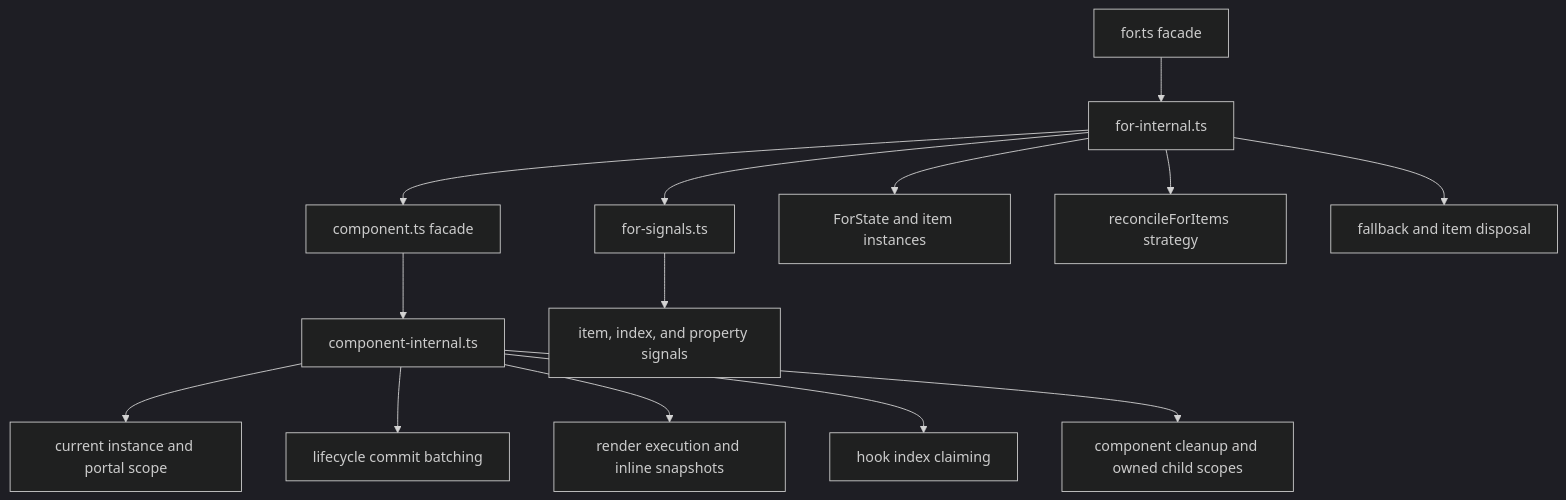
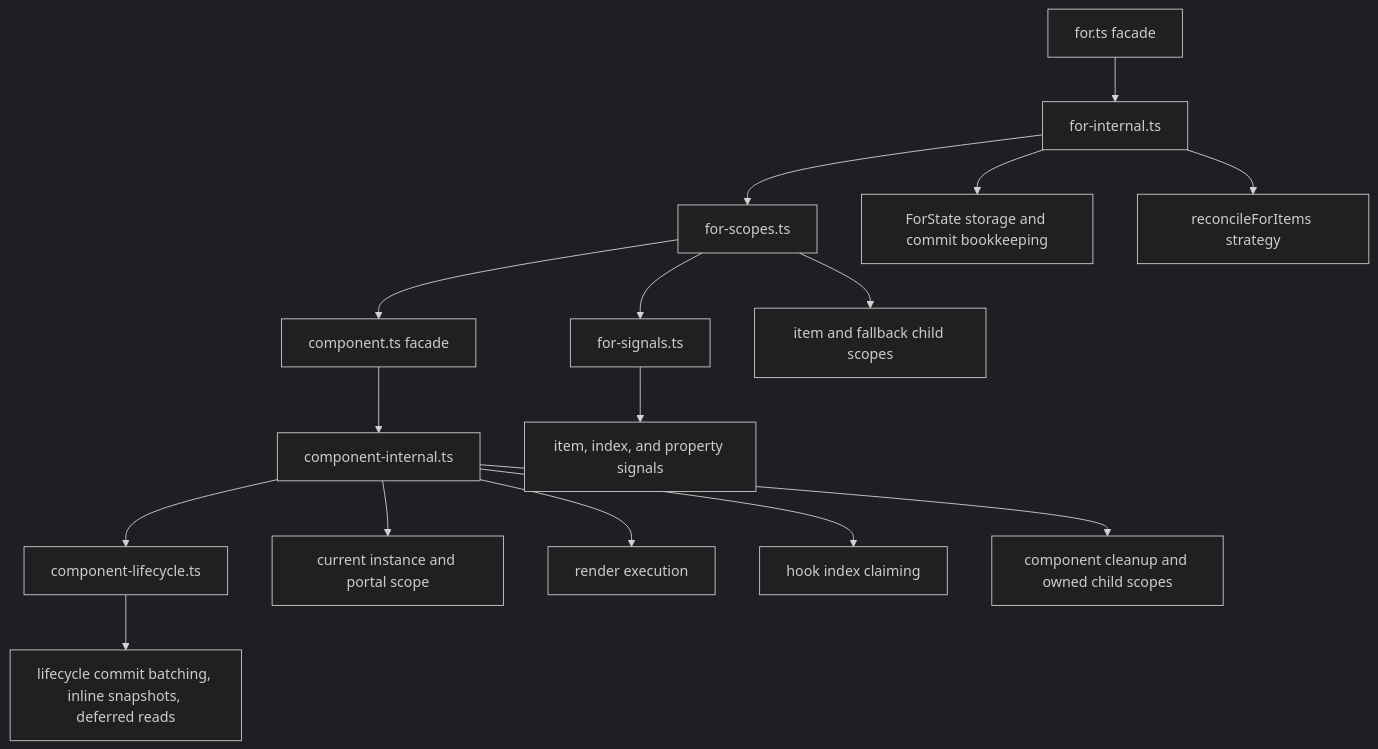
Before and after one commit to askrjs/askr: the third of 7 diagrams in docs/internals/runtime-reactivity.md, drawn with Mermaid (dark theme). The commit also changed other lines of this file and 7 other files, not shown here.

````diff
--- a/docs/internals/runtime-reactivity.md
+++ b/docs/internals/runtime-reactivity.md
@@ -74,32 +74,36 @@
 ```mermaid
 flowchart TB
   componentFacade[component.ts facade]
   componentCore[component-internal.ts]
+  componentLifecycle[component-lifecycle.ts]
   current[current instance and portal scope]
-  lifecycle[lifecycle commit batching]
-  render[render execution and inline snapshots]
+  lifecycle[lifecycle commit batching, inline snapshots, deferred reads]
+  render[render execution]
   hooks[hook index claiming]
   cleanup[component cleanup and owned child scopes]
 
   forFacade[for.ts facade]
   forCore[for-internal.ts]
+  forScopes[for-scopes.ts]
   forSignals[for-signals.ts]
-  forState[ForState and item instances]
+  forState[ForState storage and commit bookkeeping]
   itemSignals[item, index, and property signals]
   reconcile[reconcileForItems strategy]
-  fallback[fallback and item disposal]
+  scopeOwnership[item and fallback child scopes]
 
   componentFacade --> componentCore
   componentCore --> current
-  componentCore --> lifecycle
+  componentCore --> componentLifecycle
+  componentLifecycle --> lifecycle
   componentCore --> render
   componentCore --> hooks
   componentCore --> cleanup
   forFacade --> forCore
   forCore --> forState
-  forCore --> forSignals
+  forCore --> forScopes
+  forScopes --> forSignals
   forSignals --> itemSignals
   forCore --> reconcile
-  forCore --> fallback
-  forCore --> componentFacade
+  forScopes --> scopeOwnership
+  forScopes --> componentFacade
 ```
````
